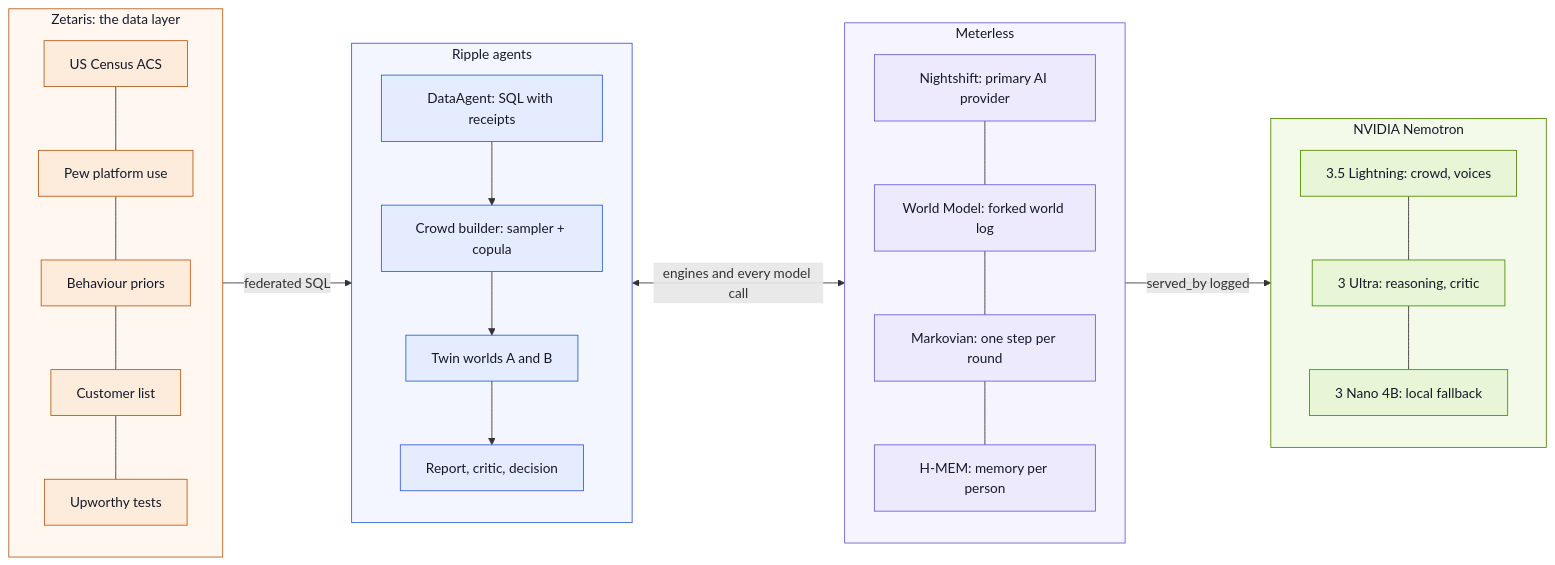
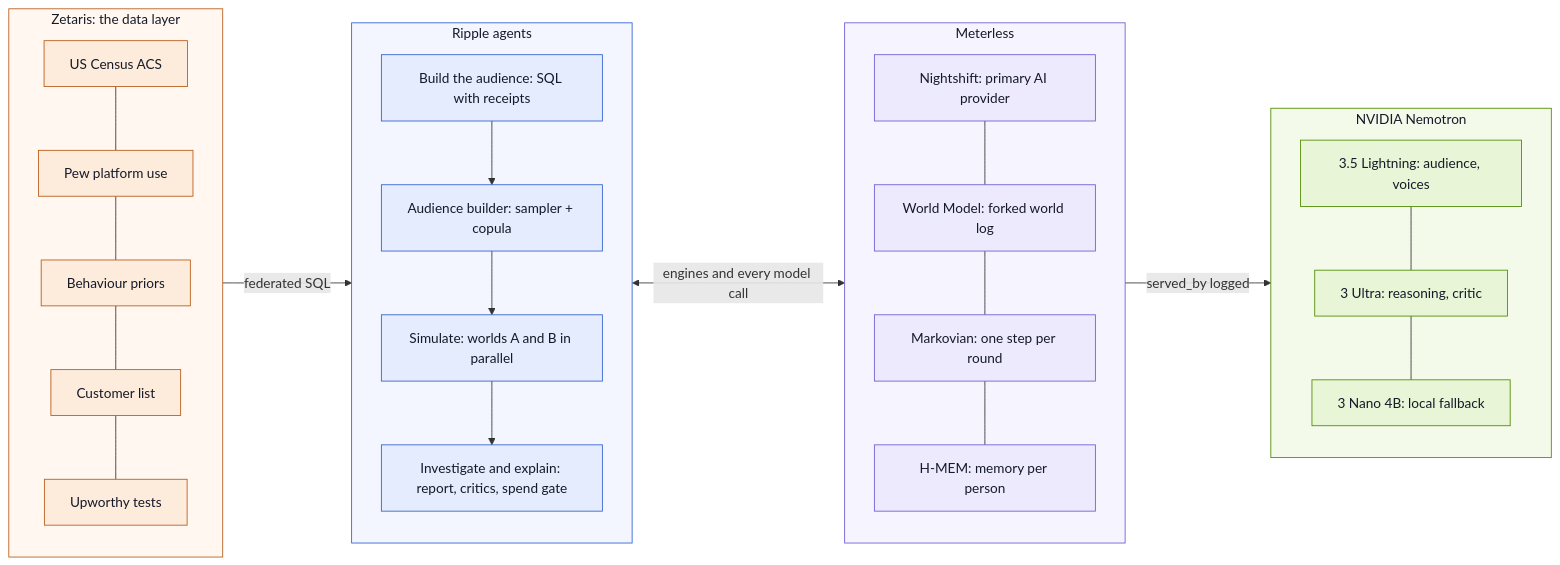
One commit to pranayjoshi/GenAI-works-hackathon changed the first of 2 diagrams in README.md. Above: the diagram before and after it, drawn with Mermaid. The commit also changed other lines of this file and 8 other files, not shown here.

First line of the commit message:
README: Track 2 narrative (simulate how the public reacts, and why), with new hero, parallel-agents and evidence images

````diff
--- a/README.md
+++ b/README.md
@@ -171,35 +196,35 @@
 ```mermaid
 flowchart LR
   subgraph DATA["Zetaris: the data layer"]
     direction TB
     S1["US Census ACS"] --- S2["Pew platform use"] --- S3["Behaviour priors"] --- S4["Customer list"] --- S5["Upworthy tests"]
   end
   subgraph RIPPLE["Ripple agents"]
     direction TB
-    DA["DataAgent: SQL with receipts"] --> CB["Crowd builder: sampler + copula"] --> TW["Twin worlds A and B"] --> RD["Report, critic, decision"]
+    DA["Build the audience: SQL with receipts"] --> CB["Audience builder: sampler + copula"] --> TW["Simulate: worlds A and B in parallel"] --> RD["Investigate and explain: report, critics, spend gate"]
   end
   subgraph METER["Meterless"]
     direction TB
     NS["Nightshift: primary AI provider"] --- WM["World Model: forked world log"] --- MK["Markovian: one step per round"] --- HM["H-MEM: memory per person"]
   end
   subgraph NV["NVIDIA Nemotron"]
     direction TB
-    L["3.5 Lightning: crowd, voices"] --- SV["3 Ultra: reasoning, critic"] --- N["3 Nano 4B: local fallback"]
+    L["3.5 Lightning: audience, voices"] --- SV["3 Ultra: reasoning, critic"] --- N["3 Nano 4B: local fallback"]
   end
   DATA -->|"federated SQL"| RIPPLE
   RIPPLE <-->|"engines and every model call"| METER
   METER -->|"served_by logged"| NV
 
   classDef zet fill:#FDEBDC,stroke:#B85A16,color:#151A28
   classDef rip fill:#E4ECFD,stroke:#2F5FD0,color:#151A28
   classDef met fill:#EEEAFE,stroke:#6B5BD2,color:#151A28
   classDef nv fill:#E8F5D6,stroke:#4E8A00,color:#151A28
   class S1,S2,S3,S4,S5 zet
   class DA,CB,TW,RD rip
   class WM,MK,HM,NS met
   class L,SV,N nv
   style DATA fill:#FFF7F0,stroke:#B85A16,color:#151A28
   style RIPPLE fill:#F3F6FE,stroke:#2F5FD0,color:#151A28
   style METER fill:#F6F4FE,stroke:#6B5BD2,color:#151A28
   style NV fill:#F3FAEA,stroke:#4E8A00,color:#151A28
 ```
````
